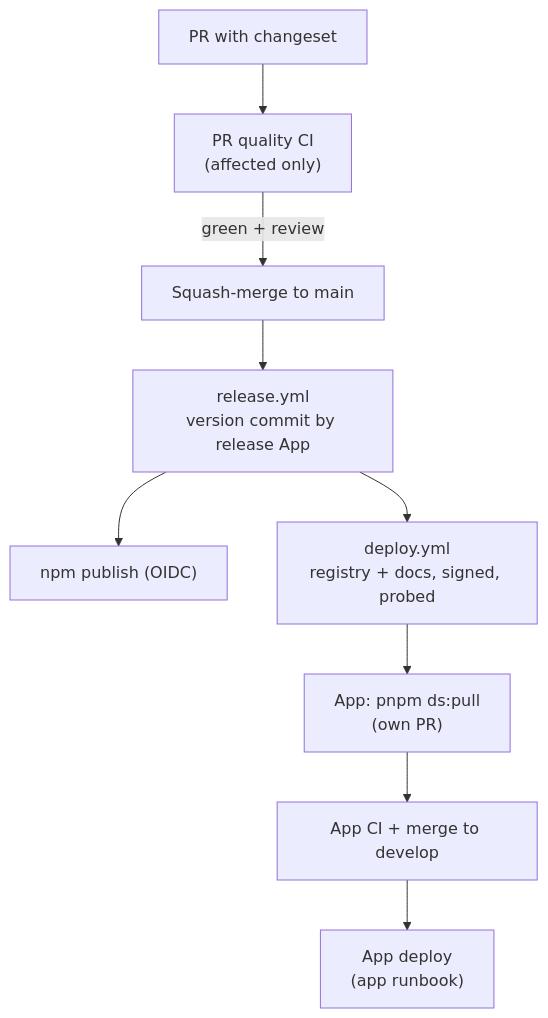
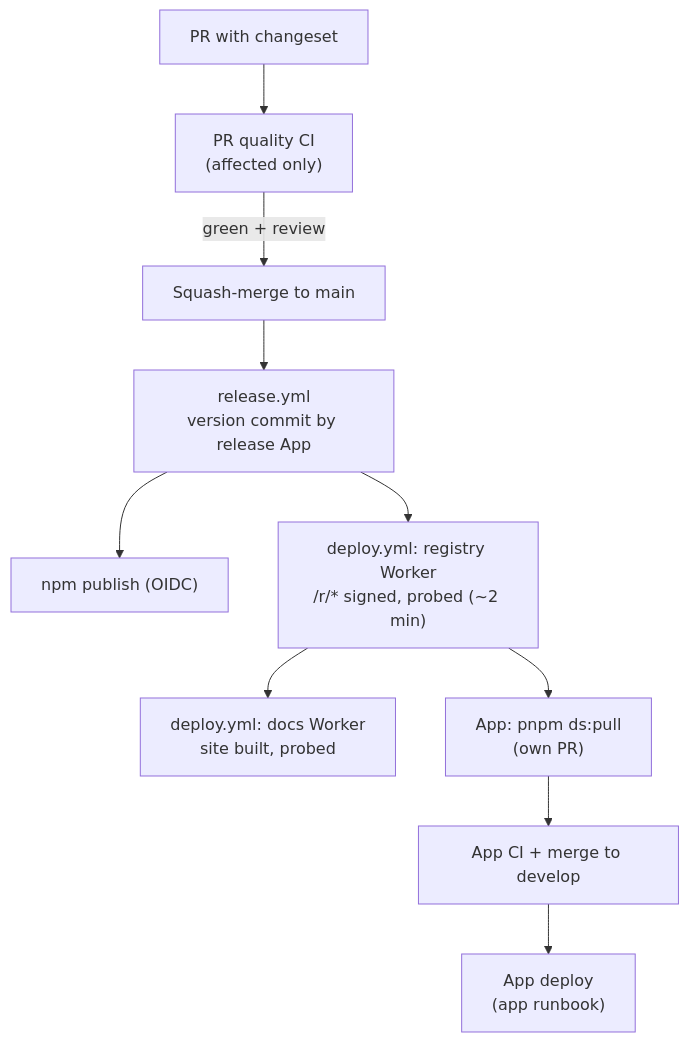
One commit to vegastack/vegastack-design changed the diagram in docs/RUNBOOK.md. Above: the diagram before and after it, drawn with Mermaid. The commit also changed other lines of this file and 13 other files, not shown here.

First line of the commit message:
ci: registry ships first on its own Worker; docs build once, cached (#865)

````diff
--- a/docs/RUNBOOK.md
+++ b/docs/RUNBOOK.md
@@ -11,12 +11,13 @@
 ```mermaid
 flowchart TD
   accTitle: Design-system change to a deployed app
   pr["PR with changeset"] --> ci["PR quality CI<br/>(affected only)"]
   ci -->|green + review| merge["Squash-merge to main"]
   merge --> rel["release.yml<br/>version commit by release App"]
   rel --> npm["npm publish (OIDC)"]
-  rel --> dep["deploy.yml<br/>registry + docs, signed, probed"]
-  dep --> pull["App: pnpm ds:pull<br/>(own PR)"]
+  rel --> reg["deploy.yml: registry Worker<br/>/r/* signed, probed (~2 min)"]
+  reg --> docs["deploy.yml: docs Worker<br/>site built, probed"]
+  reg --> pull["App: pnpm ds:pull<br/>(own PR)"]
   pull --> appci["App CI + merge to develop"]
   appci --> appdeploy["App deploy<br/>(app runbook)"]
 ```
````
